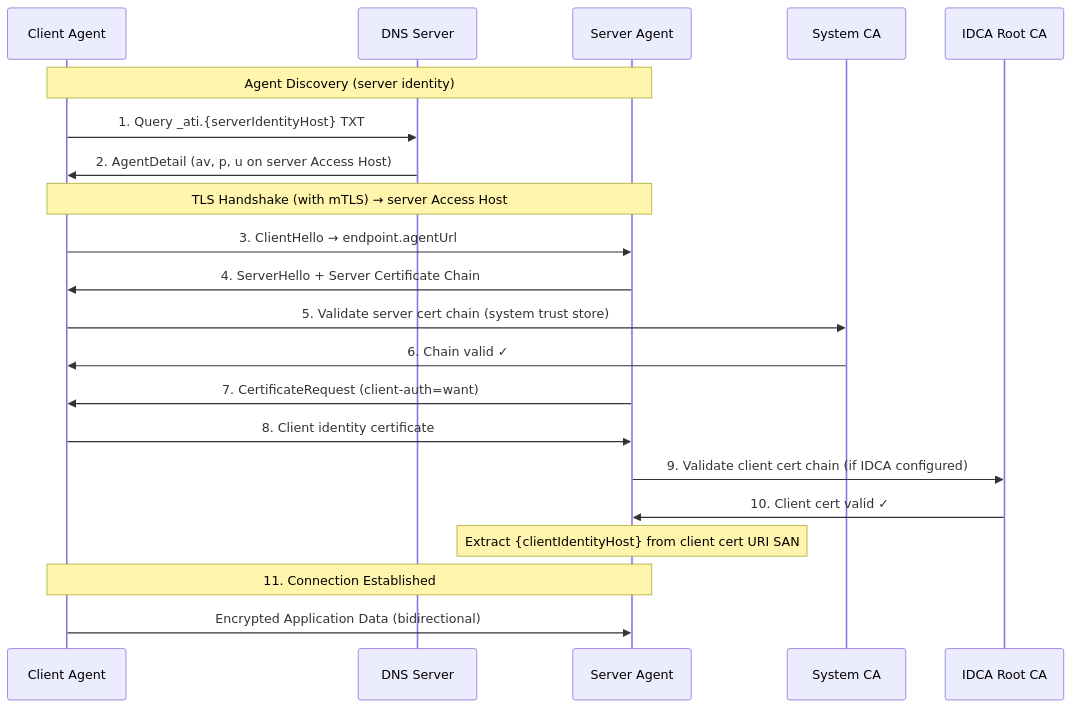
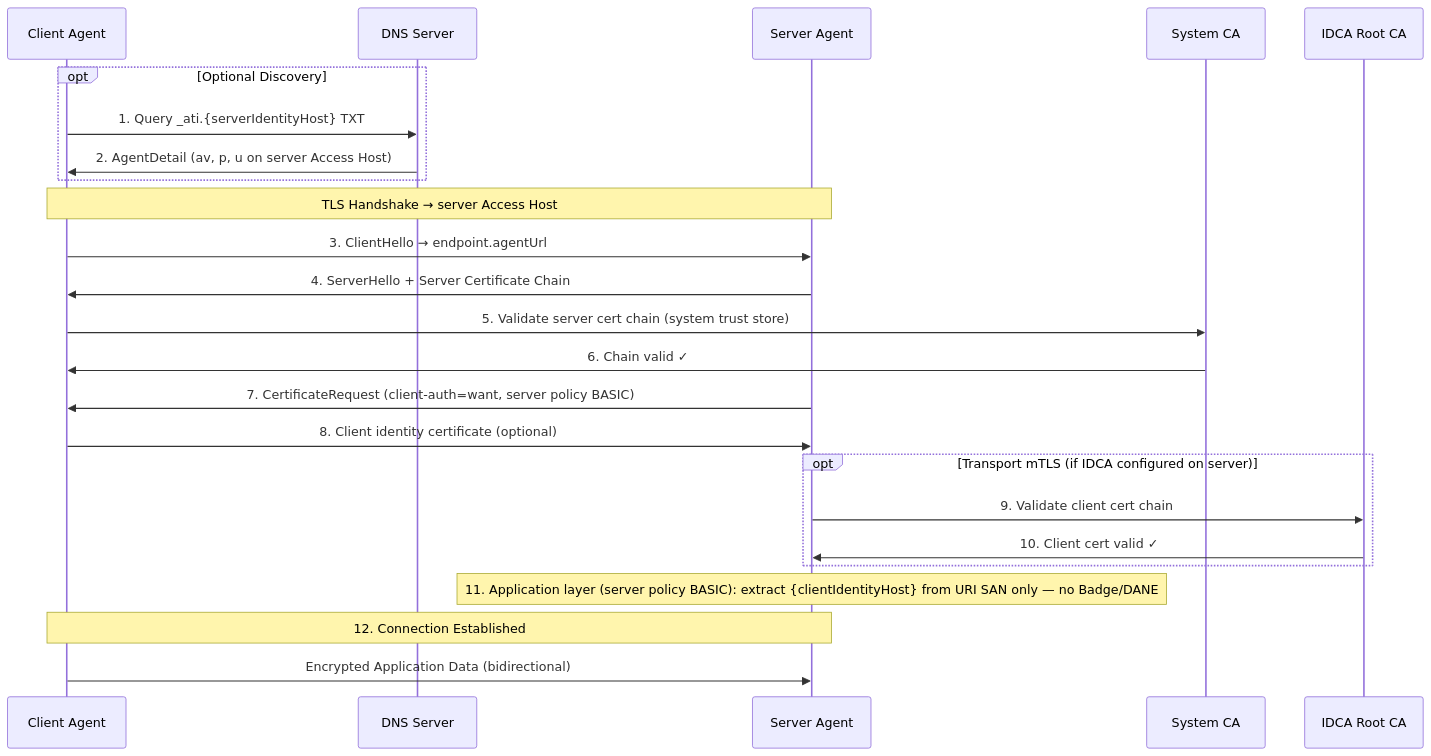
Before and after one commit to aliyun/ati-sdk-java: the second of 4 diagrams in README.md, drawn with Mermaid. The commit also changed other lines of this file and 17 other files, not shown here.

First line of the commit message:
fix: restrict NONE verification policy to server-side configuration

````diff
--- a/README.md
+++ b/README.md
@@ -70,26 +108,30 @@
 ```mermaid
 sequenceDiagram
     participant C as Client Agent
     participant DNS as DNS Server
     participant S as Server Agent
     participant CA as System CA
     participant IDCA as IDCA Root CA
 
-    Note over C,S: Agent Discovery (server identity)
-    C->>DNS: 1. Query _ati.{serverIdentityHost} TXT
-    DNS->>C: 2. AgentDetail (av, p, u on server Access Host)
+    opt Optional Discovery
+        C->>DNS: 1. Query _ati.{serverIdentityHost} TXT
+        DNS->>C: 2. AgentDetail (av, p, u on server Access Host)
+    end
 
-    Note over C,S: TLS Handshake (with mTLS) → server Access Host
+    Note over C,S: TLS Handshake → server Access Host
     C->>S: 3. ClientHello → endpoint.agentUrl
     S->>C: 4. ServerHello + Server Certificate Chain
     C->>CA: 5. Validate server cert chain (system trust store)
     CA->>C: 6. Chain valid ✓
-    S->>C: 7. CertificateRequest (client-auth=want)
-    C->>S: 8. Client identity certificate
-    S->>IDCA: 9. Validate client cert chain (if IDCA configured)
-    IDCA->>S: 10. Client cert valid ✓
+    S->>C: 7. CertificateRequest (client-auth=want, server policy BASIC)
+    C->>S: 8. Client identity certificate (optional)
 
-    Note over S: Extract {clientIdentityHost} from client cert URI SAN
-    Note over C,S: 11. Connection Established
+    opt Transport mTLS (if IDCA configured on server)
+        S->>IDCA: 9. Validate client cert chain
+        IDCA->>S: 10. Client cert valid ✓
+    end
+
+    Note over S: 11. Application layer (server policy BASIC): extract {clientIdentityHost} from URI SAN only — no Badge/DANE
+    Note over C,S: 12. Connection Established
     C->>S: Encrypted Application Data (bidirectional)
 ```
````
